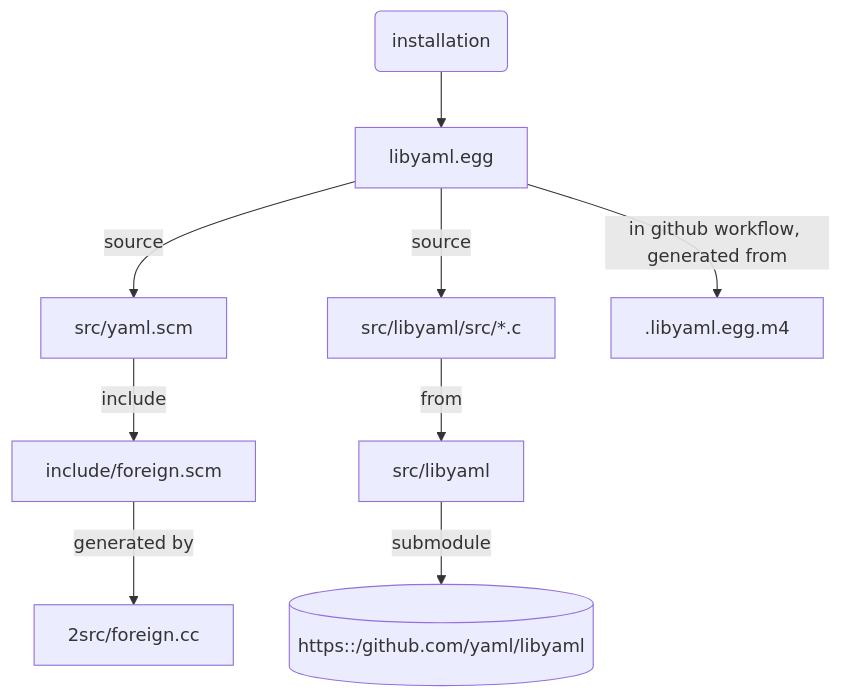
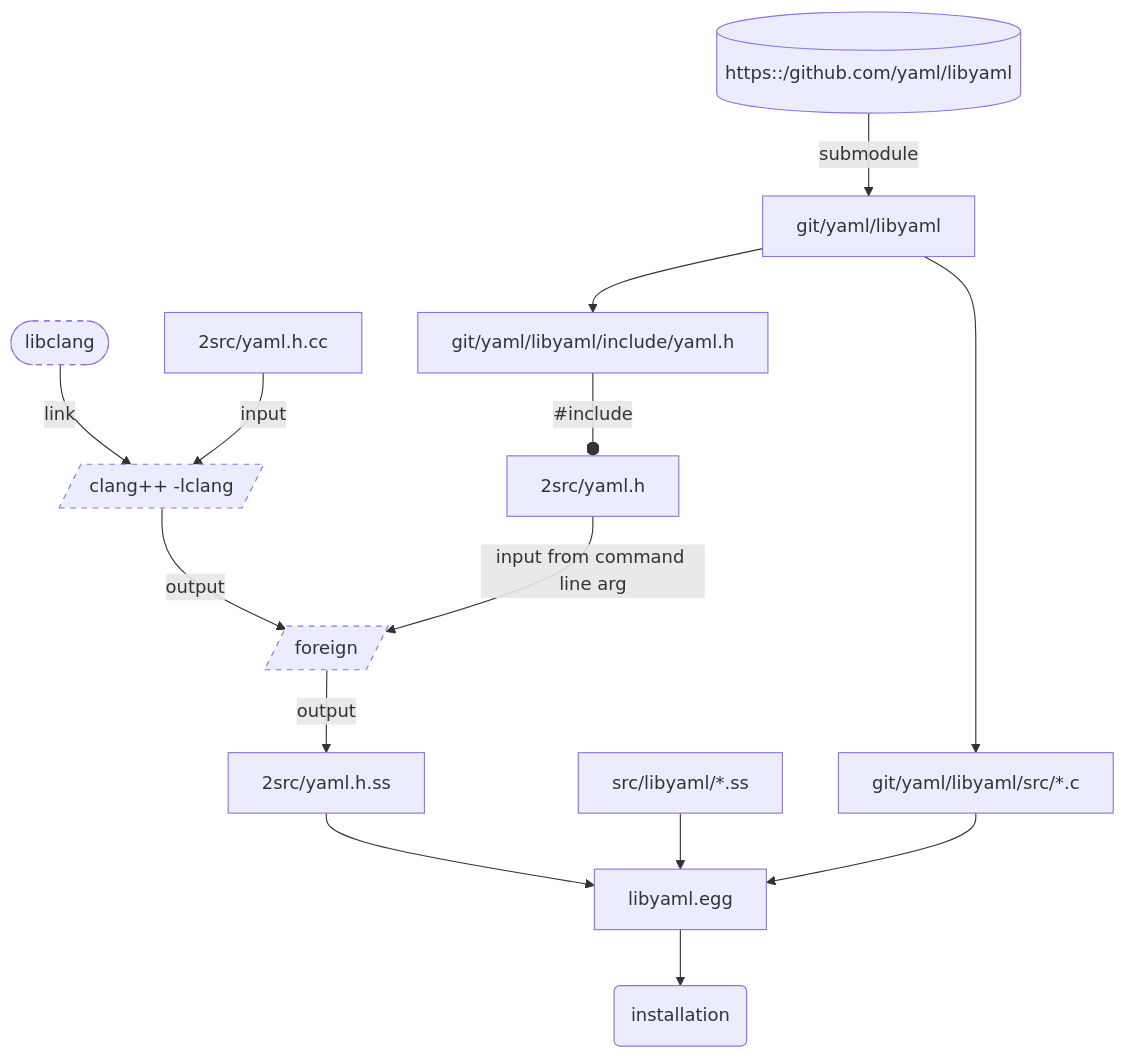
One commit to riku-ri/libyaml.ss changed the diagram in docs/dev.md. Above: the diagram before and after it, drawn with Mermaid. The commit also changed other lines of this file, not shown here.

Commit message:
Add new correct info in dev.md

````diff
--- a/docs/dev.md
+++ b/docs/dev.md
@@ -7,17 +5,35 @@
 ```mermaid
 flowchart
 
+yaml/libyaml[(https::/github.com/yaml/libyaml)]
+--submodule--> git/yaml/libyaml --> git/yaml/libyaml/src/*.c
 
-include/foreign.scm -- generated by --> 2src/foreign.cc
-src/yaml.scm --include--> include/foreign.scm
+libclang([libclang])
+--link--> clang++[/clang++ -lclang/]
+style libclang stroke-dasharray: 5 5
+2src/yaml.h.cc
+--input--> clang++[/clang++ -lclang/]
+style clang++ stroke-dasharray: 5 5
+clang++[/clang++ -lclang/]
+-- output --> foreign[/foreign/]
+style foreign stroke-dasharray: 5 5
 
-src/libyaml/src/*.c --from--> src/libyaml
---submodule--> yaml/libyaml[(https::/github.com/yaml/libyaml)]
+git/yaml/libyaml
+--> git/yaml/libyaml/include/yaml.h
+--#include--o 2src/yaml.h
+--input from command line arg-->foreign
 
-libyaml.egg -- in github workflow, generated from--> .libyaml.egg.m4
-libyaml.egg --source--> src/yaml.scm
-libyaml.egg --source--> src/libyaml/src/*.c
+foreign
+-- output --> 2src/yaml.h.ss
+
+2src/yaml.h.ss
+--> libyaml.egg
+src/libyaml/*.ss
+--> libyaml.egg
+git/yaml/libyaml/src/*.c
+--> libyaml.egg
 
 END(installation)
-END --> libyaml.egg
+libyaml.egg
+--> END
 ```
````
